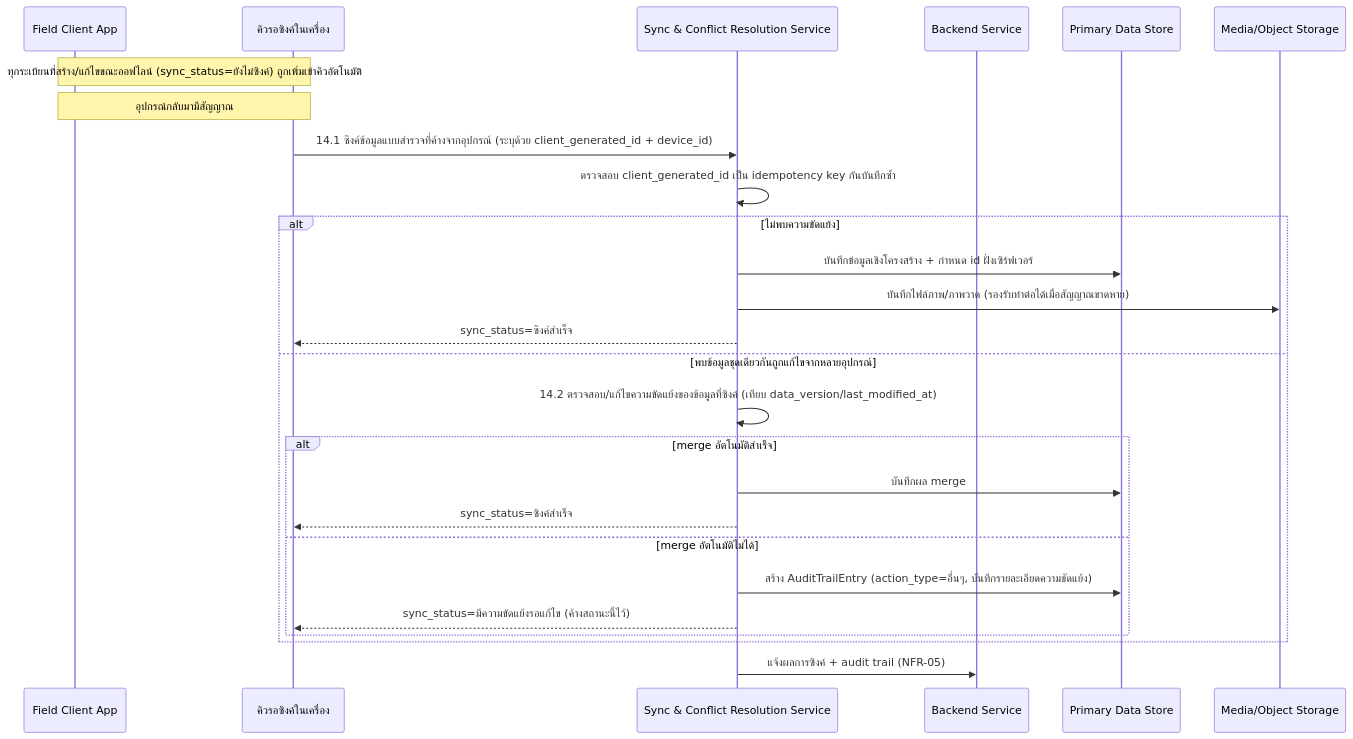
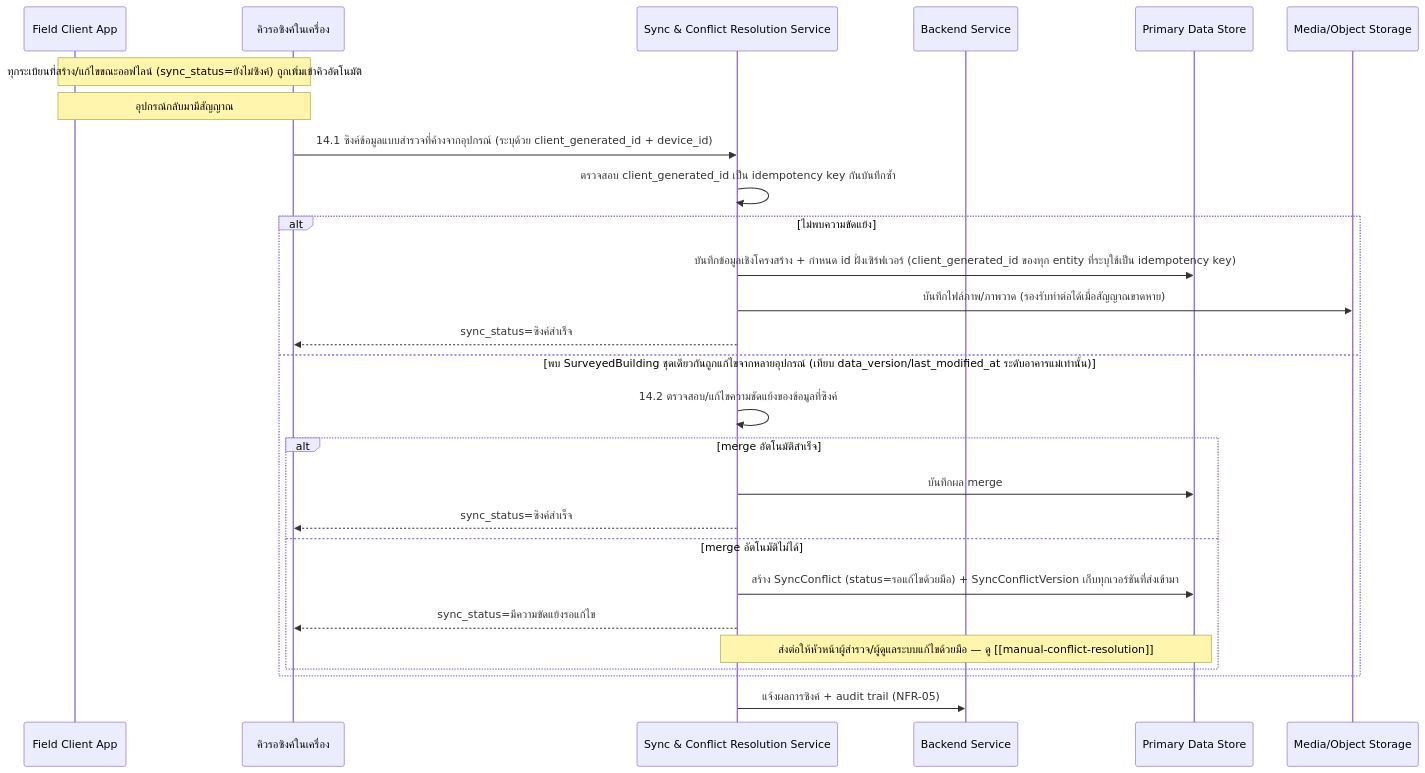
Before and after one commit to sirikorn-cmru/CrackAI-Field: the first of 2 diagrams in docs/02-design/02-technical/detailed-design/offline-sync.md, drawn with Mermaid. The commit also changed other lines of this file and 11 other files, not shown here.

````diff
--- a/docs/02-design/02-technical/detailed-design/offline-sync.md
+++ b/docs/02-design/02-technical/detailed-design/offline-sync.md
@@ -9,29 +9,30 @@
 ```mermaid
 sequenceDiagram
     participant FC as Field Client App
     participant Queue as คิวรอซิงค์ในเครื่อง
     participant Sync as Sync & Conflict Resolution Service
     participant BE as Backend Service
     participant DB as Primary Data Store
     participant Media as Media/Object Storage
 
     Note over FC,Queue: ทุกระเบียนที่สร้าง/แก้ไขขณะออฟไลน์ (sync_status=ยังไม่ซิงค์) ถูกเพิ่มเข้าคิวอัตโนมัติ
     Note over FC,Queue: อุปกรณ์กลับมามีสัญญาณ
     Queue->>Sync: 14.1 ซิงค์ข้อมูลแบบสำรวจที่ค้างจากอุปกรณ์ (ระบุด้วย client_generated_id + device_id)
     Sync->>Sync: ตรวจสอบ client_generated_id เป็น idempotency key กันบันทึกซ้ำ
     alt ไม่พบความขัดแย้ง
-        Sync->>DB: บันทึกข้อมูลเชิงโครงสร้าง + กำหนด id ฝั่งเซิร์ฟเวอร์
+        Sync->>DB: บันทึกข้อมูลเชิงโครงสร้าง + กำหนด id ฝั่งเซิร์ฟเวอร์ (client_generated_id ของทุก entity ที่ระบุใช้เป็น idempotency key)
         Sync->>Media: บันทึกไฟล์ภาพ/ภาพวาด (รองรับทำต่อได้เมื่อสัญญาณขาดหาย)
         Sync-->>Queue: sync_status=ซิงค์สำเร็จ
-    else พบข้อมูลชุดเดียวกันถูกแก้ไขจากหลายอุปกรณ์
-        Sync->>Sync: 14.2 ตรวจสอบ/แก้ไขความขัดแย้งของข้อมูลที่ซิงค์ (เทียบ data_version/last_modified_at)
+    else พบ SurveyedBuilding ชุดเดียวกันถูกแก้ไขจากหลายอุปกรณ์ (เทียบ data_version/last_modified_at ระดับอาคารแม่เท่านั้น)
+        Sync->>Sync: 14.2 ตรวจสอบ/แก้ไขความขัดแย้งของข้อมูลที่ซิงค์
         alt merge อัตโนมัติสำเร็จ
             Sync->>DB: บันทึกผล merge
             Sync-->>Queue: sync_status=ซิงค์สำเร็จ
         else merge อัตโนมัติไม่ได้
-            Sync->>DB: สร้าง AuditTrailEntry (action_type=อื่นๆ, บันทึกรายละเอียดความขัดแย้ง)
-            Sync-->>Queue: sync_status=มีความขัดแย้งรอแก้ไข (ค้างสถานะนี้ไว้)
+            Sync->>DB: สร้าง SyncConflict (status=รอแก้ไขด้วยมือ) + SyncConflictVersion เก็บทุกเวอร์ชันที่ส่งเข้ามา
+            Sync-->>Queue: sync_status=มีความขัดแย้งรอแก้ไข
+            Note over Sync,DB: ส่งต่อให้หัวหน้าผู้สำรวจ/ผู้ดูแลระบบแก้ไขด้วยมือ — ดู [[manual-conflict-resolution]]
         end
     end
     Sync->>BE: แจ้งผลการซิงค์ + audit trail (NFR-05)
 ```
````
